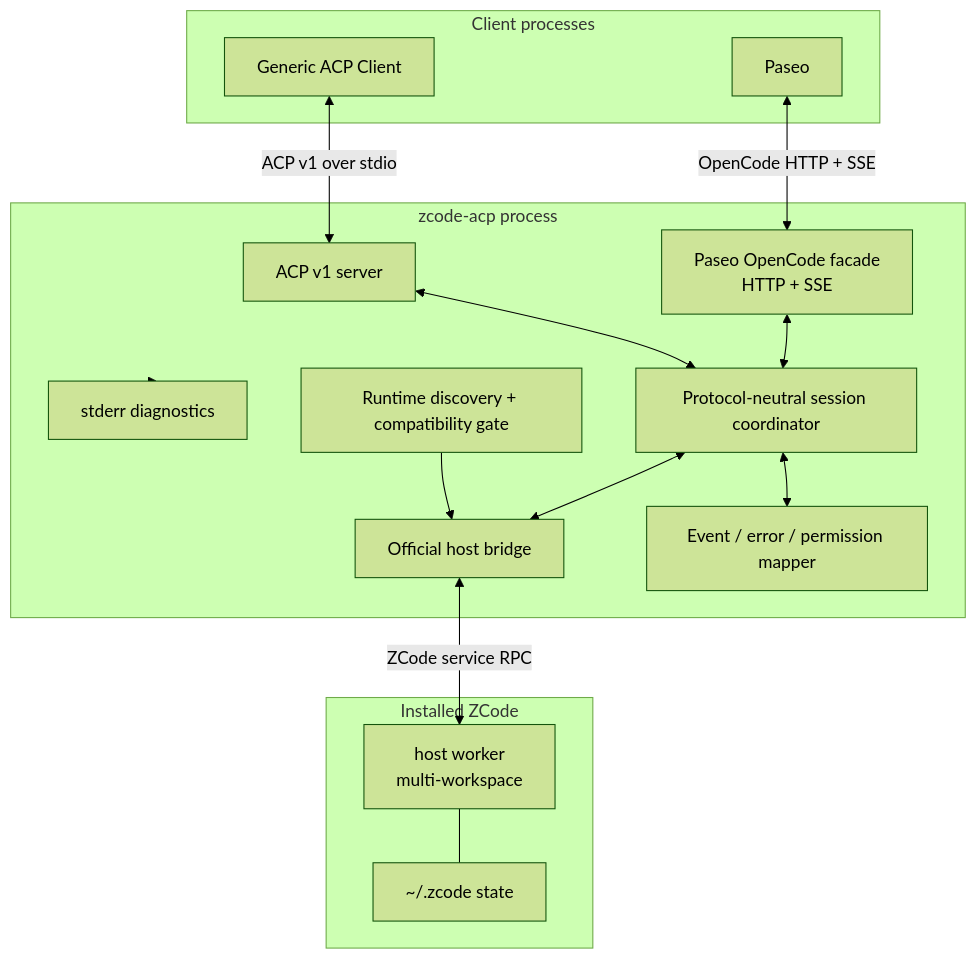
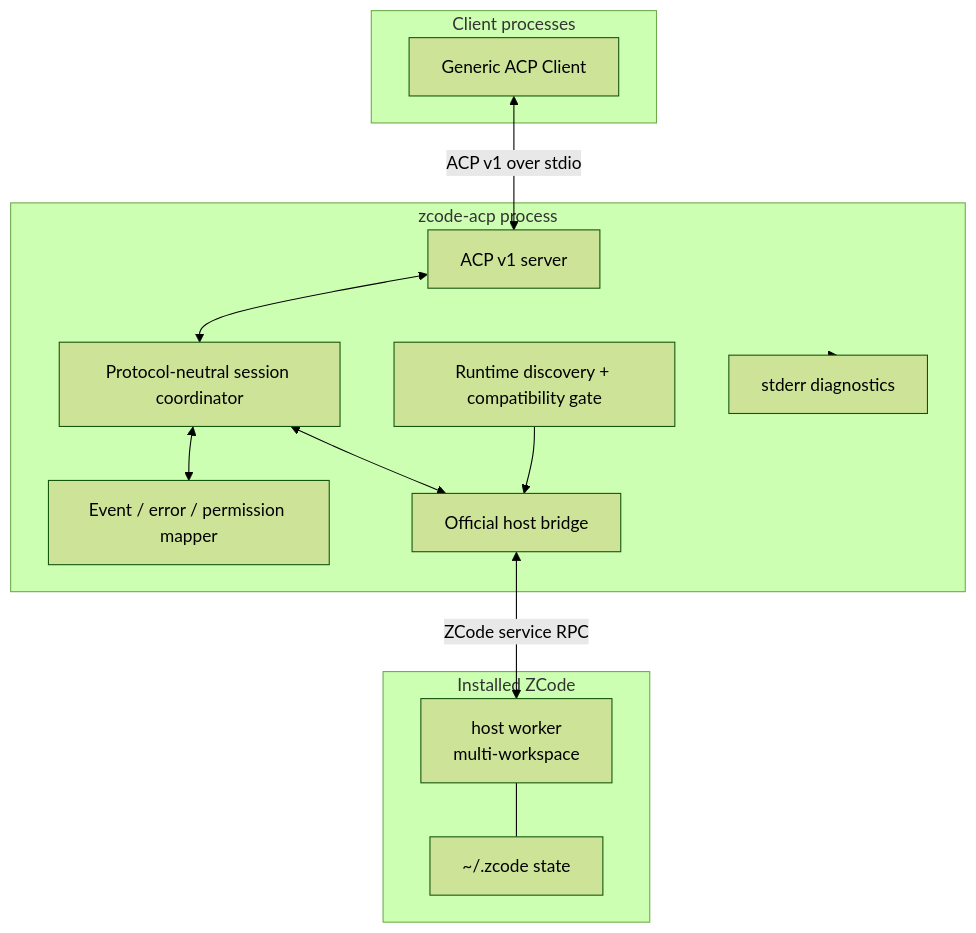
Before and after one commit to supermomonga/zcode-acp: the first of 2 diagrams in docs/03-architecture.md, drawn with Mermaid (forest theme). The commit also changed other lines of this file and 12 other files, not shown here.

Commit message:
refactor: remove Paseo OpenCode support (#12)

````diff
--- a/docs/03-architecture.md
+++ b/docs/03-architecture.md
@@ -18,33 +18,29 @@
 ```mermaid
 flowchart TB
     subgraph ClientSide["Client processes"]
       Client["Generic ACP Client"]
-      PaseoClient["Paseo"]
     end
 
     subgraph Adapter["zcode-acp process"]
       Acp["ACP v1 server"]
-      Paseo["Paseo OpenCode facade<br/>HTTP + SSE"]
       Session["Protocol-neutral session coordinator"]
       Mapper["Event / error / permission mapper"]
       PM["Official host bridge"]
       Discovery["Runtime discovery + compatibility gate"]
       Diag["stderr diagnostics"]
     end
 
     subgraph Native["Installed ZCode"]
       P1["host worker<br/>multi-workspace"]
       State["~/.zcode state"]
     end
 
     Client <-->|"ACP v1 over stdio"| Acp
-    PaseoClient <-->|"OpenCode HTTP + SSE"| Paseo
     Acp <--> Session
-    Paseo <--> Session
     Session <--> Mapper
     Session <--> PM
     Discovery --> PM
     PM <-->|"ZCode service RPC"| P1
     P1 --- State
     Adapter --> Diag
 ```
````
